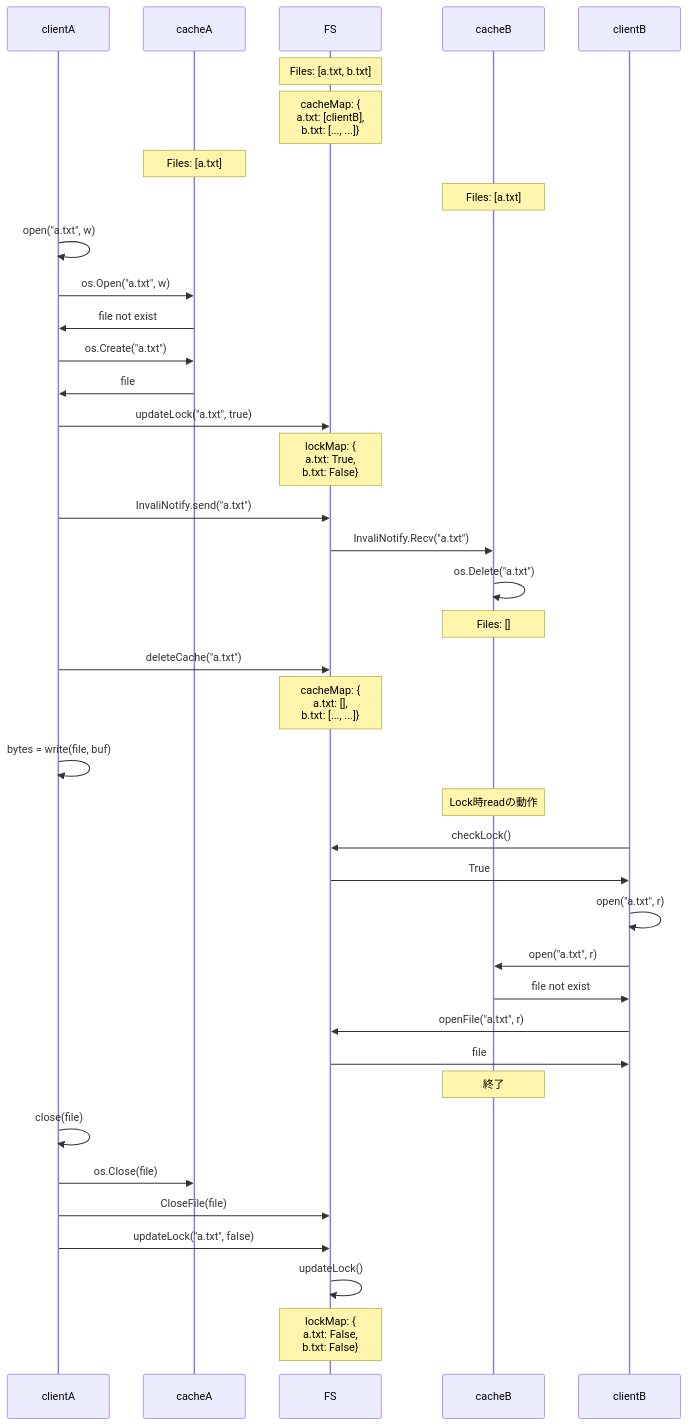
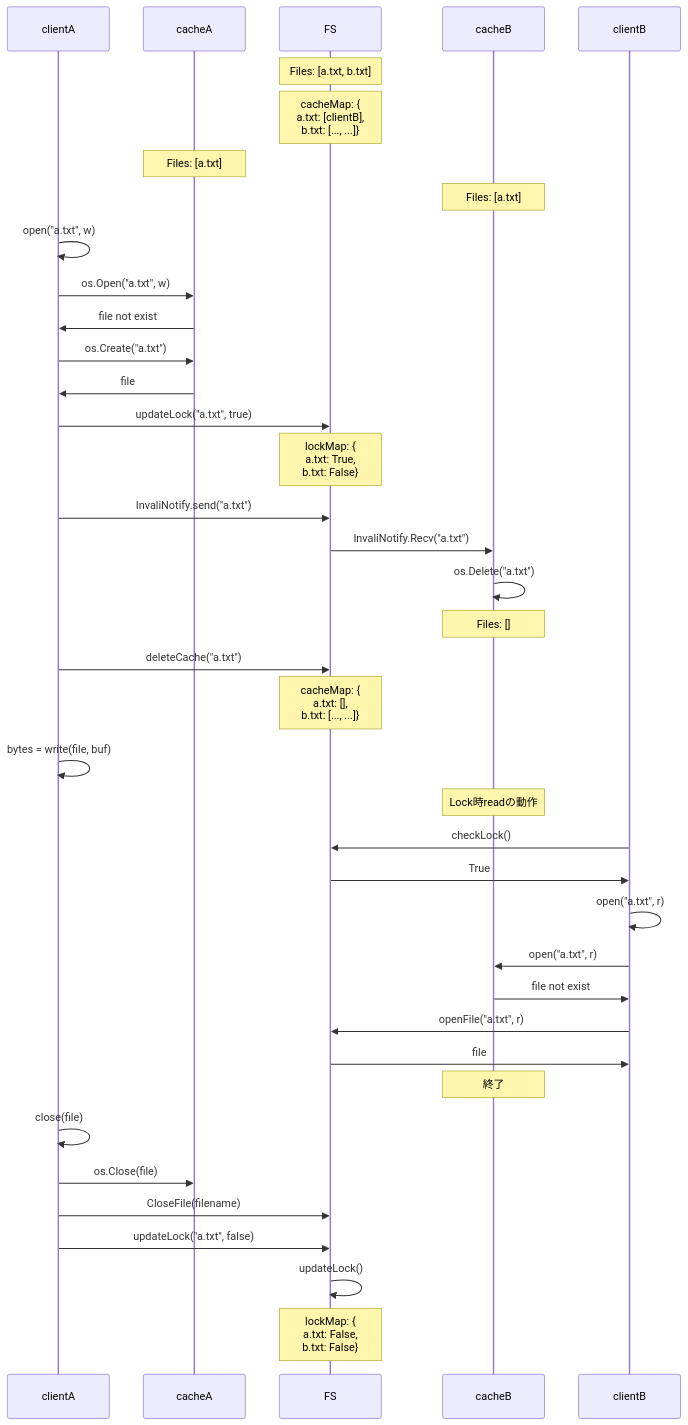
One commit to bishopfunc/os-b-dfs changed the third of 4 diagrams in README.md. Above: the diagram before and after it, drawn with Mermaid. The commit also changed other lines of this file, not shown here.

Commit message:
update mermaid

````diff
--- a/README.md
+++ b/README.md
@@ -79,46 +83,46 @@
 ```mermaid
 sequenceDiagram
     participant clientA as clientA
     participant cacheA as cacheA
     participant FS as FS
     participant cacheB as cacheB
     participant clientB as clientB
     Note over FS: Files: [a.txt, b.txt]
     Note over FS: cacheMap: {<br>a.txt: [clientB], <br>b.txt: [..., ...]} 
     Note over cacheA: Files: [a.txt]    
     Note over cacheB: Files: [a.txt] 
     clientA->>clientA: open("a.txt", w)
     clientA->>cacheA: os.Open("a.txt", w)
     cacheA->>clientA: file not exist
     clientA->>cacheA: os.Create("a.txt")
     cacheA->>clientA: file
     clientA->>FS: updateLock("a.txt", true)
     Note over FS: lockMap: {<br>a.txt: True, <br>b.txt: False} 
     clientA->>FS: InvaliNotify.send("a.txt")
     FS->>cacheB: InvaliNotify.Recv("a.txt")
     cacheB->>cacheB: os.Delete("a.txt")
     Note over cacheB: Files: []
 
     clientA->>FS: deleteCache("a.txt")
     Note over FS: cacheMap: {<br>a.txt: [], <br>b.txt: [..., ...]} 
     clientA->>clientA: bytes = write(file, buf)
 
     Note over cacheB: Lock時readの動作
     clientB->>FS: checkLock()
     FS->>clientB: True
     clientB->>clientB: open("a.txt", r)
     clientB->>cacheB: open("a.txt", r)
     cacheB->>clientB: file not exist
     clientB->>FS: openFile("a.txt", r)
     FS->>clientB: file
     Note over cacheB: 終了
 
     clientA->>clientA: close(file)
     clientA->>cacheA: os.Close(file)    
-    clientA->>FS: CloseFile(file)    
+    clientA->>FS: CloseFile(filename)    
 
     clientA->>FS: updateLock("a.txt", false)
     FS->>FS :updateLock()
     Note over FS: lockMap: {<br>a.txt: False, <br>b.txt: False} 
 
 ```
````
